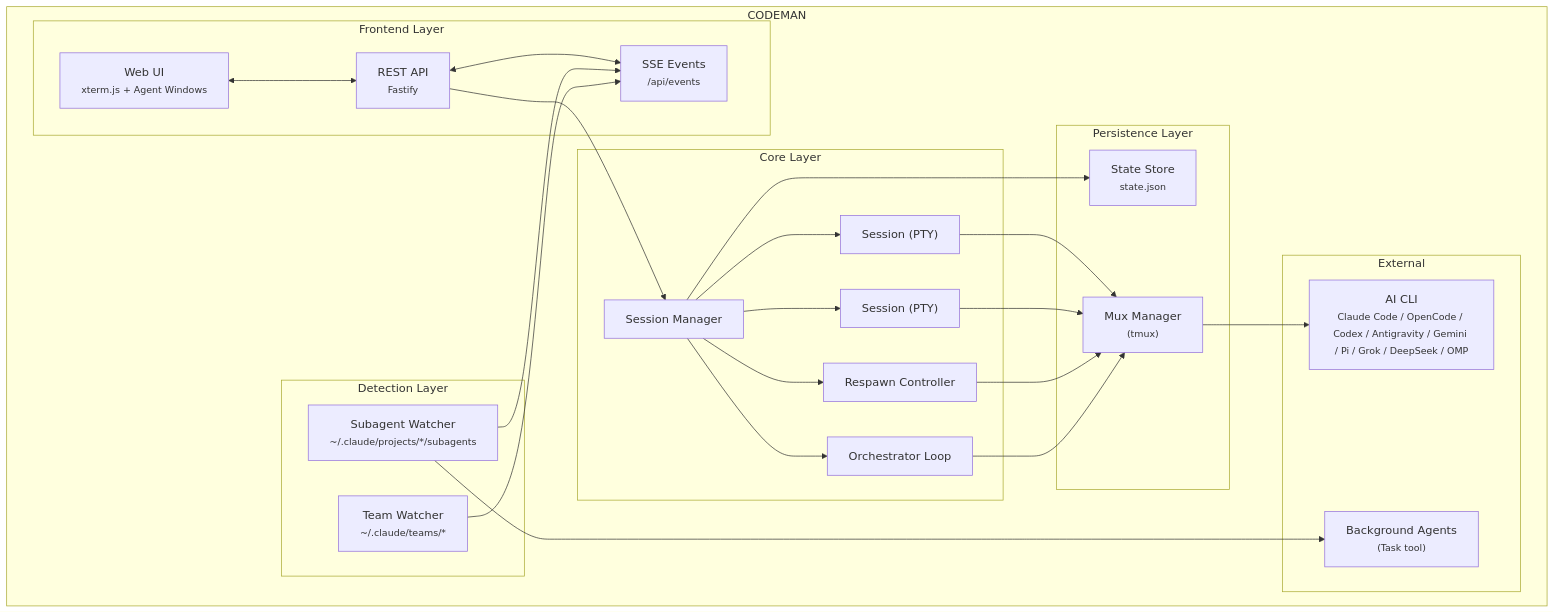
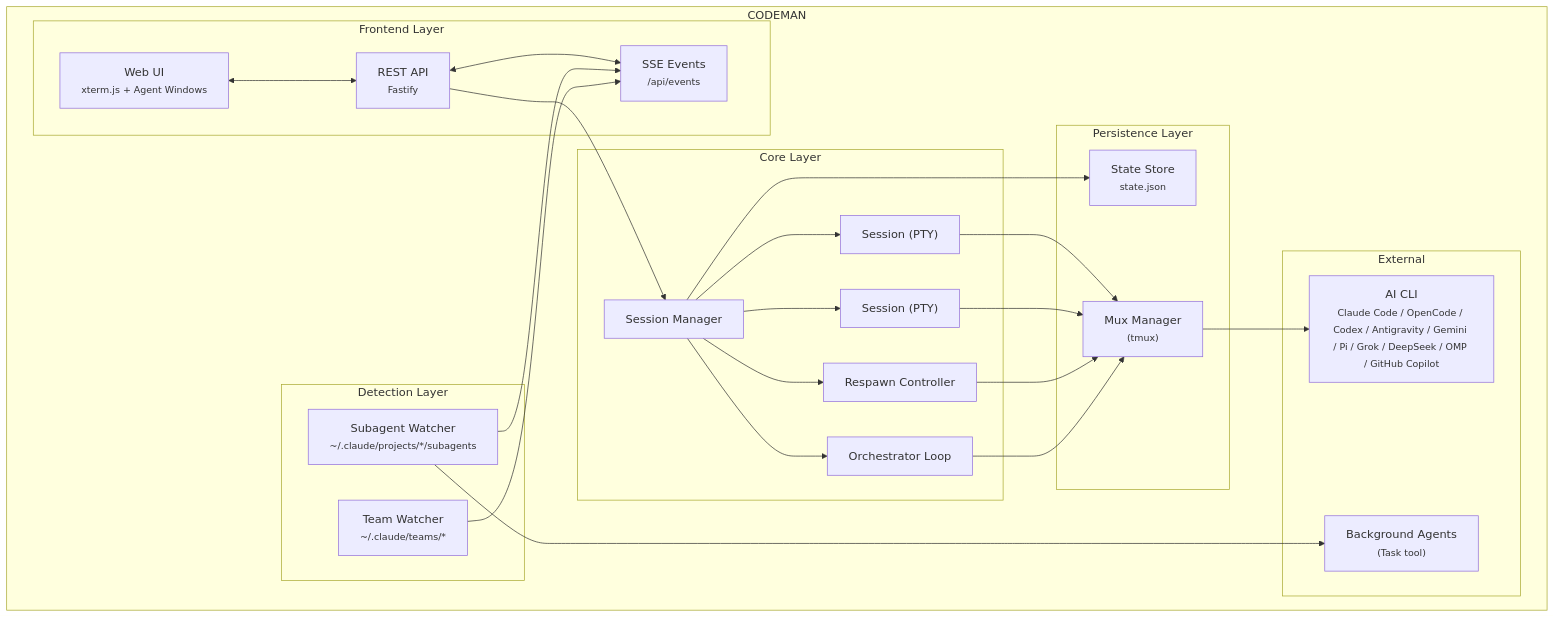
The diagram in README.md (Ark0N/Codeman), drawn with Mermaid before and after one commit. The commit also changed other lines of this file and 13 other files, not shown here.

First line of the commit message:
docs(copilot): document GitHub Copilot CLI in full

````diff
--- a/README.md
+++ b/README.md
@@ -1130,50 +1130,50 @@
 ```mermaid
 flowchart TB
     subgraph Codeman["CODEMAN"]
         subgraph Frontend["Frontend Layer"]
             UI["Web UI<br/><small>xterm.js + Agent Windows</small>"]
             API["REST API<br/><small>Fastify</small>"]
             SSE["SSE Events<br/><small>/api/events</small>"]
         end
 
         subgraph Core["Core Layer"]
             SM["Session Manager"]
             S1["Session (PTY)"]
             S2["Session (PTY)"]
             RC["Respawn Controller"]
             ORC["Orchestrator Loop"]
         end
 
         subgraph Detection["Detection Layer"]
             SW["Subagent Watcher<br/><small>~/.claude/projects/*/subagents</small>"]
             TW["Team Watcher<br/><small>~/.claude/teams/*</small>"]
         end
 
         subgraph Persistence["Persistence Layer"]
             SCR["Mux Manager<br/><small>(tmux)</small>"]
             SS["State Store<br/><small>state.json</small>"]
         end
 
         subgraph External["External"]
-            CLI["AI CLI<br/><small>Claude Code / OpenCode / Codex / Antigravity / Gemini / Pi / Grok / DeepSeek / OMP</small>"]
+            CLI["AI CLI<br/><small>Claude Code / OpenCode / Codex / Antigravity / Gemini / Pi / Grok / DeepSeek / OMP / GitHub Copilot</small>"]
             BG["Background Agents<br/><small>(Task tool)</small>"]
         end
     end
 
     UI <--> API
     API <--> SSE
     API --> SM
     SM --> S1
     SM --> S2
     SM --> RC
     SM --> ORC
     SM --> SS
     S1 --> SCR
     S2 --> SCR
     RC --> SCR
     ORC --> SCR
     SCR --> CLI
     SW --> BG
     SW --> SSE
     TW --> SSE
 ```
````
